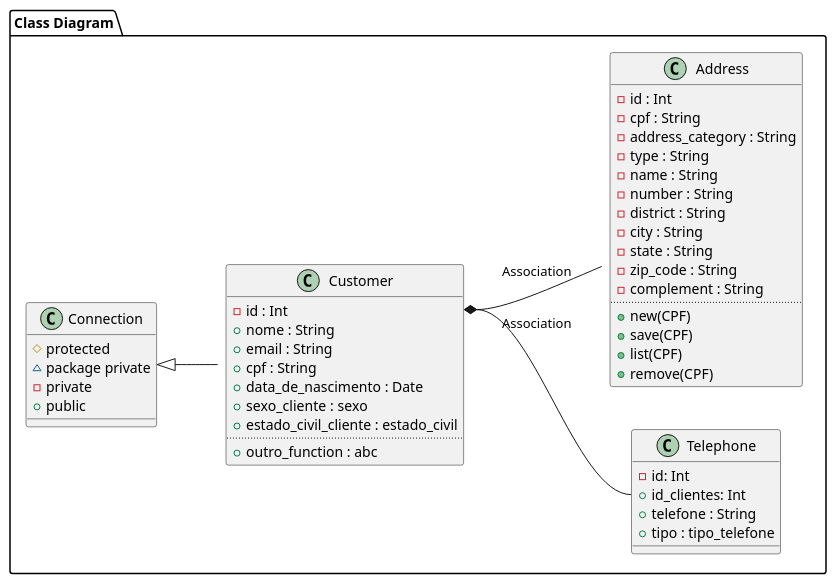
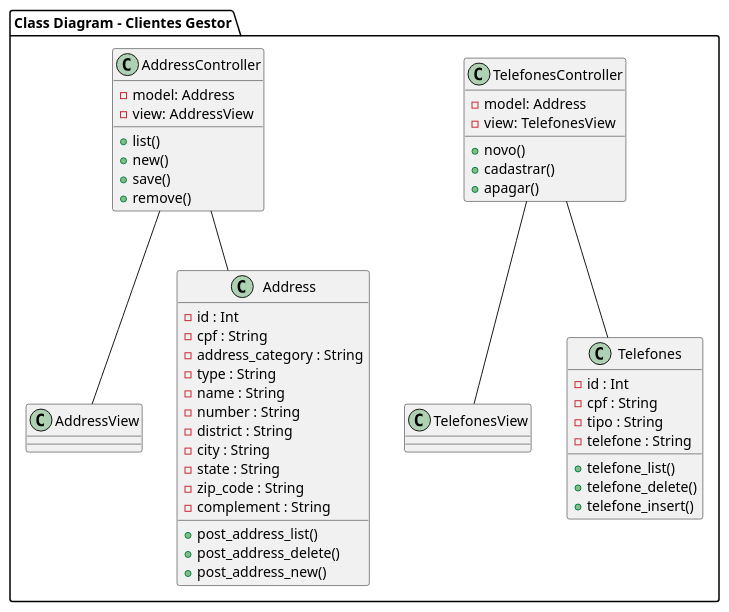
The diagram in modelagem/diagrama_de_classe.plantuml (douglascarlos-dev/Clientes-Gestor), drawn with PlantUML before and after one commit. The commit also changed 9 other files, not shown here.

```diff
--- a/modelagem/diagrama_de_classe.plantuml
+++ b/modelagem/diagrama_de_classe.plantuml
@@ -1,56 +1,58 @@
-@startuml Class Diagram old
+@startuml Class Diagram
 
-package "Class Diagram" {
-left to right direction
+package "Class Diagram - Clientes Gestor" {
 
-class Customer {
-    -id : Int
-    +nome : String
-    +email : String
-    +cpf : String
-    +data_de_nascimento : Date
-    +sexo_cliente : sexo
-    +estado_civil_cliente : estado_civil
-    ..
-    +outro_function : abc
+TelefonesController -- TelefonesView
+TelefonesController -- Telefones
+
+AddressController -- AddressView
+AddressController -- Address
+
+class AddressController {
+    -model: Address
+    -view: AddressView
+    +list()
+    +new()
+    +save()
+    +remove()
 }
 
-class Telephone {
-    -id: Int
-    +id_clientes: Int
-    +telefone : String
-    +tipo : tipo_telefone
+class TelefonesController {
+    -model: Address
+    -view: TelefonesView
+    +novo()
+    +cadastrar()
+    +apagar()
 }
 
 class Address {
     -id : Int
     -cpf : String
     -address_category : String
     -type : String
     -name : String
     -number : String
     -district : String
     -city : String
     -state : String
     -zip_code : String
     -complement : String
-    ..
-    +new(CPF)
-    +save(CPF)
-    +list(CPF)
-    +remove(CPF)
+    +post_address_list()
+    +post_address_delete()
+    +post_address_new()
 }
 
-class Connection {
-    #protected
-    ~package private
-    -private
-    +public
-
+class Telefones {
+    -id : Int
+    -cpf : String
+    -tipo : String
+    -telefone : String
+    +telefone_list()
+    +telefone_delete()
+    +telefone_insert()
 }
 
-Customer::id *-- Telephone::id_clientes : Association
-Customer::id *-- Address::id_clientes : Association
-class Customer extends Connection
+class AddressView {
 }
+
 @enduml
```
